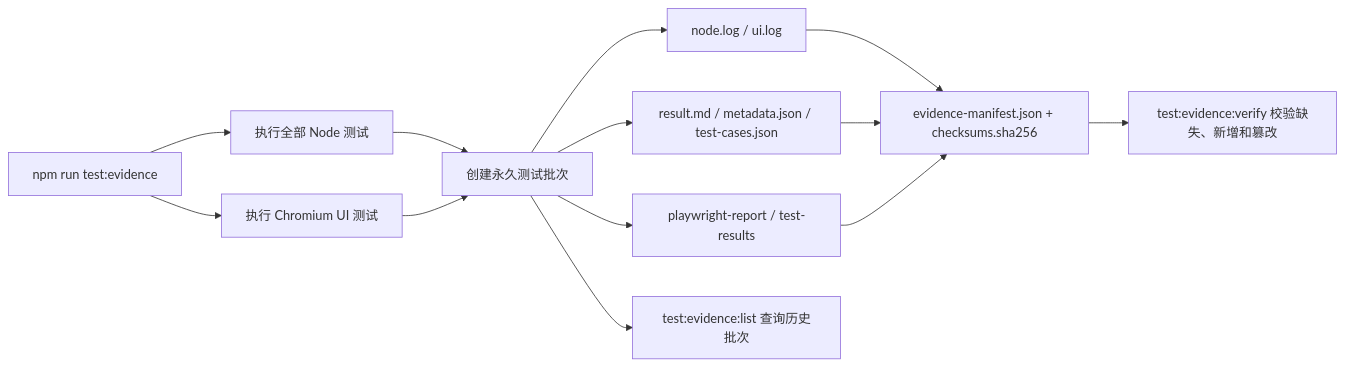
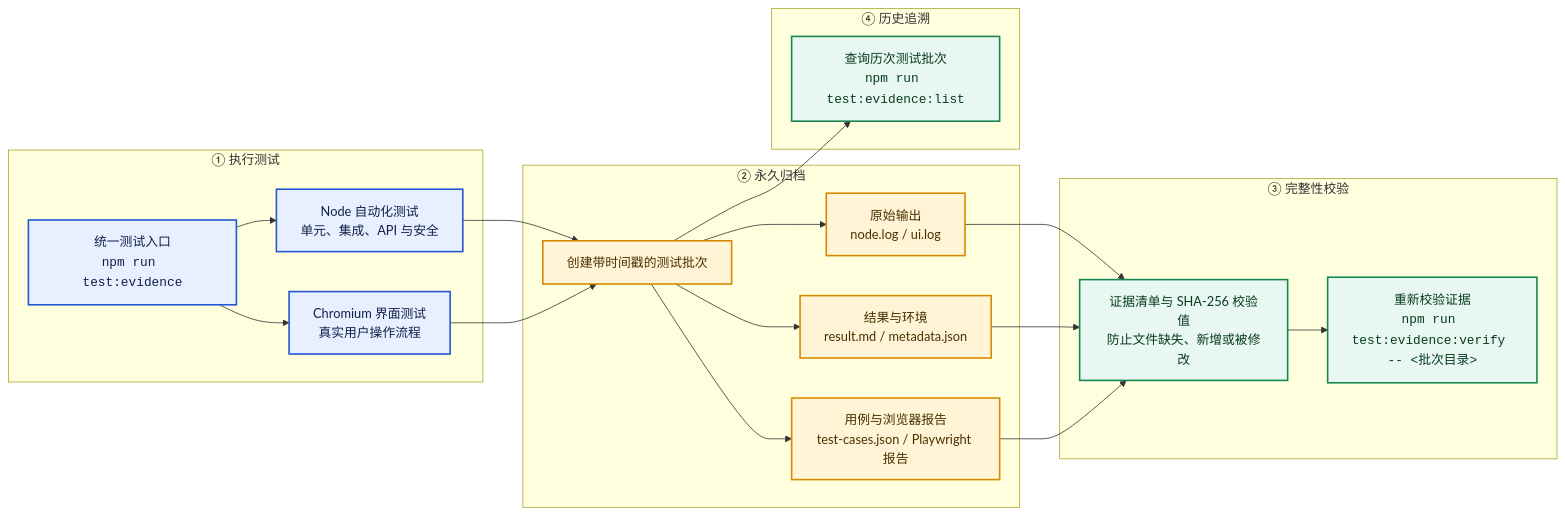
The diagram in docs/方案二图表/09-测试证据链图.mmd (Skywardeyes/did-system-forlearning), drawn with Mermaid before and after one commit. The commit also changed 4 other files, not shown here.

Commit message:
docs: improve report diagrams for Chinese presentation

```diff
--- a/docs/方案二图表/09-测试证据链图.mmd
+++ b/docs/方案二图表/09-测试证据链图.mmd
@@ -1,13 +1,42 @@
 flowchart LR
-    Run["npm run test:evidence"] --> Node["执行全部 Node 测试"]
-    Run --> UI["执行 Chromium UI 测试"]
-    Node --> Record["创建永久测试批次"]
-    UI --> Record
-    Record --> Raw["node.log / ui.log"]
-    Record --> Report["result.md / metadata.json / test-cases.json"]
-    Record --> Browser["playwright-report / test-results"]
-    Raw --> Manifest["evidence-manifest.json + checksums.sha256"]
-    Report --> Manifest
-    Browser --> Manifest
-    Manifest --> Verify["test:evidence:verify 校验缺失、新增和篡改"]
-    Record --> List["test:evidence:list 查询历史批次"]
+    subgraph EXEC["① 执行测试"]
+        RUN["统一测试入口<br/><code>npm run test:evidence</code>"]
+        NODE["Node 自动化测试<br/>单元、集成、API 与安全"]
+        UI["Chromium 界面测试<br/>真实用户操作流程"]
+        RUN --> NODE
+        RUN --> UI
+    end
+
+    subgraph ARCHIVE["② 永久归档"]
+        BATCH["创建带时间戳的测试批次"]
+        RAW["原始输出<br/>node.log / ui.log"]
+        RESULT["结果与环境<br/>result.md / metadata.json"]
+        CASES["用例与浏览器报告<br/>test-cases.json / Playwright 报告"]
+        BATCH --> RAW
+        BATCH --> RESULT
+        BATCH --> CASES
+    end
+
+    subgraph TRUST["③ 完整性校验"]
+        HASH["证据清单与 SHA-256 校验值<br/>防止文件缺失、新增或被修改"]
+        VERIFY["重新校验证据<br/><code>npm run test:evidence:verify -- &lt;批次目录&gt;</code>"]
+        HASH --> VERIFY
+    end
+
+    subgraph TRACE["④ 历史追溯"]
+        LIST["查询历次测试批次<br/><code>npm run test:evidence:list</code>"]
+    end
+
+    NODE --> BATCH
+    UI --> BATCH
+    RAW --> HASH
+    RESULT --> HASH
+    CASES --> HASH
+    BATCH --> LIST
+
+    classDef action fill:#e8f0ff,stroke:#2457d6,stroke-width:2px,color:#10204a
+    classDef archive fill:#fff4d6,stroke:#d68a00,stroke-width:2px,color:#4a3000
+    classDef trust fill:#e8f7ef,stroke:#168554,stroke-width:2px,color:#073b26
+    class RUN,NODE,UI action
+    class BATCH,RAW,RESULT,CASES archive
+    class HASH,VERIFY,LIST trust
```
